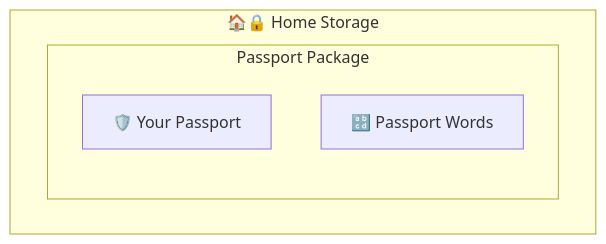
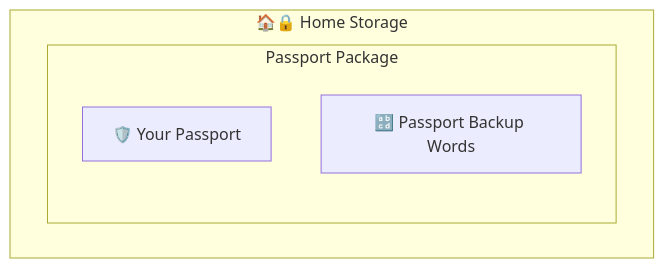
One commit to BlockchainCommons/SmartCustody changed diagram 35 of 60 in Docs/Scenario-Multisig.md. Above: the diagram before and after it, drawn with Mermaid. The commit also changed other lines of this file, not shown here.

````diff
--- a/Docs/Scenario-Multisig.md
+++ b/Docs/Scenario-Multisig.md
@@ -1108,9 +1109,9 @@
 ```mermaid
     graph TD
     subgraph home["🏠🔒 Home Storage"]
       subgraph "Passport Package"
       A["🛡️ Your Passport"]
-      B["🔡 Passport Words"]
+      B["🔡 Passport Backup Words"]
       end
     end
 ```
````
